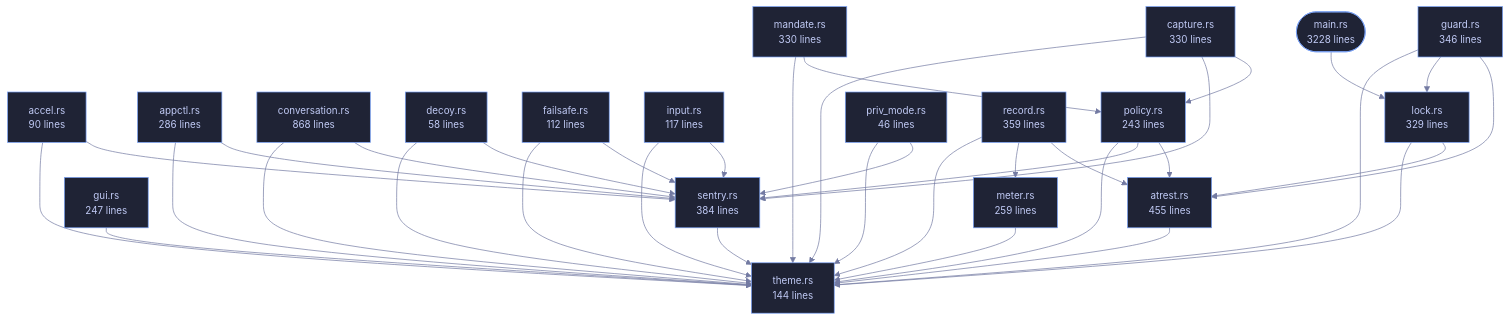
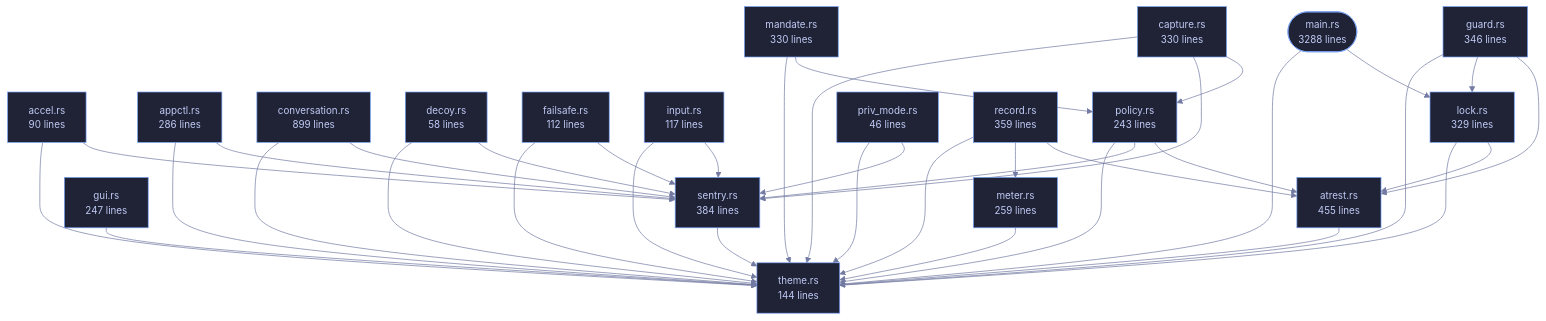
The diagram in crates/veilvoice-cli/README.md (tilas01/veilvoice), drawn with Mermaid before and after one commit. The commit also changed other lines of this file and 51 other files, not shown here.

````diff
--- a/crates/veilvoice-cli/README.md
+++ b/crates/veilvoice-cli/README.md
@@ -110,77 +110,78 @@
 ```mermaid
 %%{init: {"theme":"base","themeVariables":{"background":"#1a1b26","primaryColor":"#1f2335","primaryTextColor":"#c0caf5","primaryBorderColor":"#7aa2f7","secondaryColor":"#16161e","tertiaryColor":"#16161e","lineColor":"#737aa2","textColor":"#c0caf5","mainBkg":"#1f2335","nodeBorder":"#7aa2f7","clusterBkg":"#16161e","clusterBorder":"#2f3549","fontFamily":"ui-monospace, SFMono-Regular, Consolas, monospace","fontSize":"14px"}}}%%
 flowchart TD
-    n_main(["main.rs<br/>3228 lines"])
+    n_main(["main.rs<br/>3288 lines"])
     n_accel["accel.rs<br/>90 lines"]
     n_appctl["appctl.rs<br/>286 lines"]
     n_atrest["atrest.rs<br/>455 lines"]
     n_capture["capture.rs<br/>330 lines"]
-    n_conversation["conversation.rs<br/>868 lines"]
+    n_conversation["conversation.rs<br/>899 lines"]
     n_decoy["decoy.rs<br/>58 lines"]
     n_failsafe["failsafe.rs<br/>112 lines"]
     n_guard["guard.rs<br/>346 lines"]
     n_gui["gui.rs<br/>247 lines"]
     n_input["input.rs<br/>117 lines"]
     n_lock["lock.rs<br/>329 lines"]
     n_mandate["mandate.rs<br/>330 lines"]
     n_meter["meter.rs<br/>259 lines"]
     n_policy["policy.rs<br/>243 lines"]
     n_priv_mode["priv_mode.rs<br/>46 lines"]
     n_record["record.rs<br/>359 lines"]
     n_sentry["sentry.rs<br/>384 lines"]
     n_theme["theme.rs<br/>144 lines"]
     n_accel --> n_sentry
     n_accel --> n_theme
     n_appctl --> n_sentry
     n_appctl --> n_theme
     n_atrest --> n_theme
     n_capture --> n_policy
     n_capture --> n_sentry
     n_capture --> n_theme
     n_conversation --> n_sentry
     n_conversation --> n_theme
     n_decoy --> n_sentry
     n_decoy --> n_theme
     n_failsafe --> n_sentry
     n_failsafe --> n_theme
     n_guard --> n_atrest
     n_guard --> n_lock
     n_guard --> n_theme
     n_gui --> n_theme
     n_input --> n_sentry
     n_input --> n_theme
     n_lock --> n_atrest
     n_lock --> n_theme
     n_main --> n_lock
+    n_main --> n_theme
     n_mandate --> n_policy
     n_mandate --> n_theme
     n_meter --> n_theme
     n_policy --> n_atrest
     n_policy --> n_sentry
     n_policy --> n_theme
     n_priv_mode --> n_sentry
     n_priv_mode --> n_theme
     n_record --> n_atrest
     n_record --> n_meter
     n_record --> n_theme
     n_sentry --> n_theme
     click n_main href "https://github.com/tilas01/veilvoice/blob/main/crates/veilvoice-cli/src/main.rs" "open the source"
     click n_accel href "https://github.com/tilas01/veilvoice/blob/main/crates/veilvoice-cli/src/accel.rs" "open the source"
     click n_appctl href "https://github.com/tilas01/veilvoice/blob/main/crates/veilvoice-cli/src/appctl.rs" "open the source"
     click n_atrest href "https://github.com/tilas01/veilvoice/blob/main/crates/veilvoice-cli/src/atrest.rs" "open the source"
     click n_capture href "https://github.com/tilas01/veilvoice/blob/main/crates/veilvoice-cli/src/capture.rs" "open the source"
     click n_conversation href "https://github.com/tilas01/veilvoice/blob/main/crates/veilvoice-cli/src/conversation.rs" "open the source"
     click n_decoy href "https://github.com/tilas01/veilvoice/blob/main/crates/veilvoice-cli/src/decoy.rs" "open the source"
     click n_failsafe href "https://github.com/tilas01/veilvoice/blob/main/crates/veilvoice-cli/src/failsafe.rs" "open the source"
     click n_guard href "https://github.com/tilas01/veilvoice/blob/main/crates/veilvoice-cli/src/guard.rs" "open the source"
     click n_gui href "https://github.com/tilas01/veilvoice/blob/main/crates/veilvoice-cli/src/gui.rs" "open the source"
     click n_input href "https://github.com/tilas01/veilvoice/blob/main/crates/veilvoice-cli/src/input.rs" "open the source"
     click n_lock href "https://github.com/tilas01/veilvoice/blob/main/crates/veilvoice-cli/src/lock.rs" "open the source"
     click n_mandate href "https://github.com/tilas01/veilvoice/blob/main/crates/veilvoice-cli/src/mandate.rs" "open the source"
     click n_meter href "https://github.com/tilas01/veilvoice/blob/main/crates/veilvoice-cli/src/meter.rs" "open the source"
     click n_policy href "https://github.com/tilas01/veilvoice/blob/main/crates/veilvoice-cli/src/policy.rs" "open the source"
     click n_priv_mode href "https://github.com/tilas01/veilvoice/blob/main/crates/veilvoice-cli/src/priv_mode.rs" "open the source"
     click n_record href "https://github.com/tilas01/veilvoice/blob/main/crates/veilvoice-cli/src/record.rs" "open the source"
     click n_sentry href "https://github.com/tilas01/veilvoice/blob/main/crates/veilvoice-cli/src/sentry.rs" "open the source"
     click n_theme href "https://github.com/tilas01/veilvoice/blob/main/crates/veilvoice-cli/src/theme.rs" "open the source"
 ```
````
